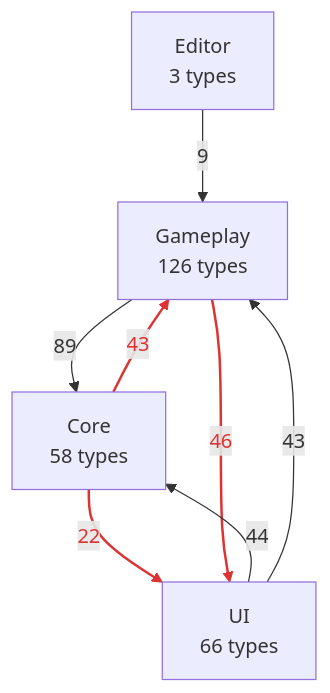
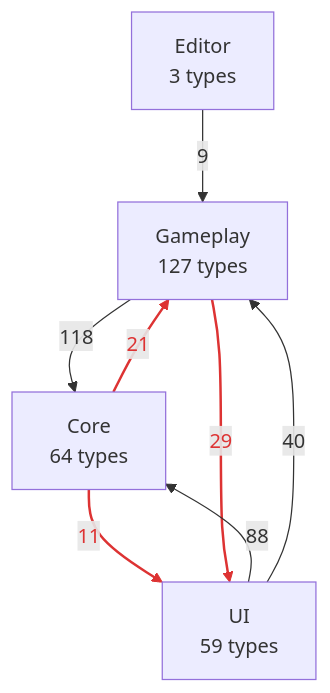
Before and after one commit to PhumipatWave/project-ocean: the first of 2 diagrams in docs/uml/00-overview.md, drawn with Mermaid. The commit also changed other lines of this file and 191 other files, not shown here.

````diff
--- a/docs/uml/00-overview.md
+++ b/docs/uml/00-overview.md
@@ -11,15 +11,15 @@
 ```mermaid
 flowchart TB
   Editor["Editor<br/>3 types"]
-  UI["UI<br/>66 types"]
-  Gameplay["Gameplay<br/>126 types"]
-  Core["Core<br/>58 types"]
-  Core -->|43| Gameplay
-  Core -->|22| UI
+  UI["UI<br/>59 types"]
+  Gameplay["Gameplay<br/>127 types"]
+  Core["Core<br/>64 types"]
+  Core -->|21| Gameplay
+  Core -->|11| UI
   Editor -->|9| Gameplay
-  Gameplay -->|89| Core
-  Gameplay -->|46| UI
-  UI -->|44| Core
-  UI -->|43| Gameplay
+  Gameplay -->|118| Core
+  Gameplay -->|29| UI
+  UI -->|88| Core
+  UI -->|40| Gameplay
   linkStyle 0,1,4 stroke:#d33,stroke-width:2px,color:#d33
 ```
````
